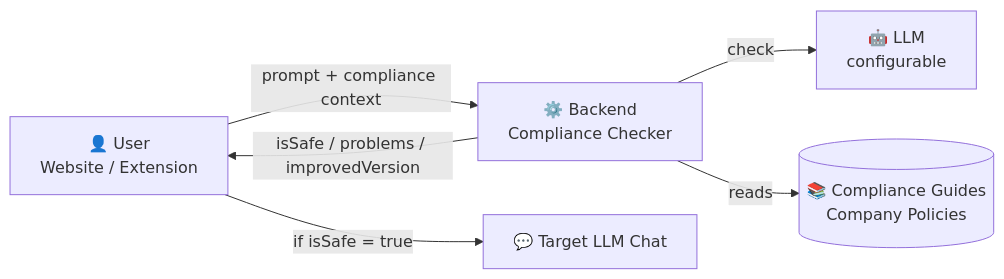
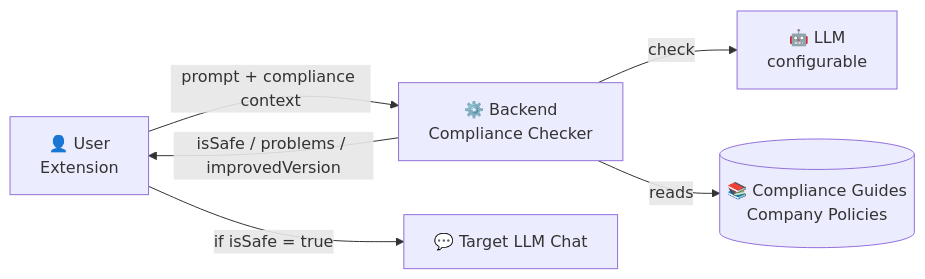
Before and after one commit to code-and-create-hackathon/complianceChecker: the first of 2 diagrams in README.md, drawn with Mermaid. The commit also changed other lines of this file, not shown here.

Commit message:
Fix README API link, add no-backend diagram

````diff
--- a/README.md
+++ b/README.md
@@ -25,8 +25,8 @@
 ```mermaid
 flowchart LR
-    A[👤 User<br/>Website / Extension] -->|prompt + compliance context| B[⚙️ Backend<br/>Compliance Checker]
+    A[👤 User<br/>Extension] -->|prompt + compliance context| B[⚙️ Backend<br/>Compliance Checker]
     B -->|check| L[🤖 LLM<br/>configurable]
     B -->|reads| D[(📚 Compliance Guides<br/>Company Policies)]
     B -->|isSafe / problems / improvedVersion| A
     A -->|if isSafe = true| C[💬 Target LLM Chat]
 ```
````
